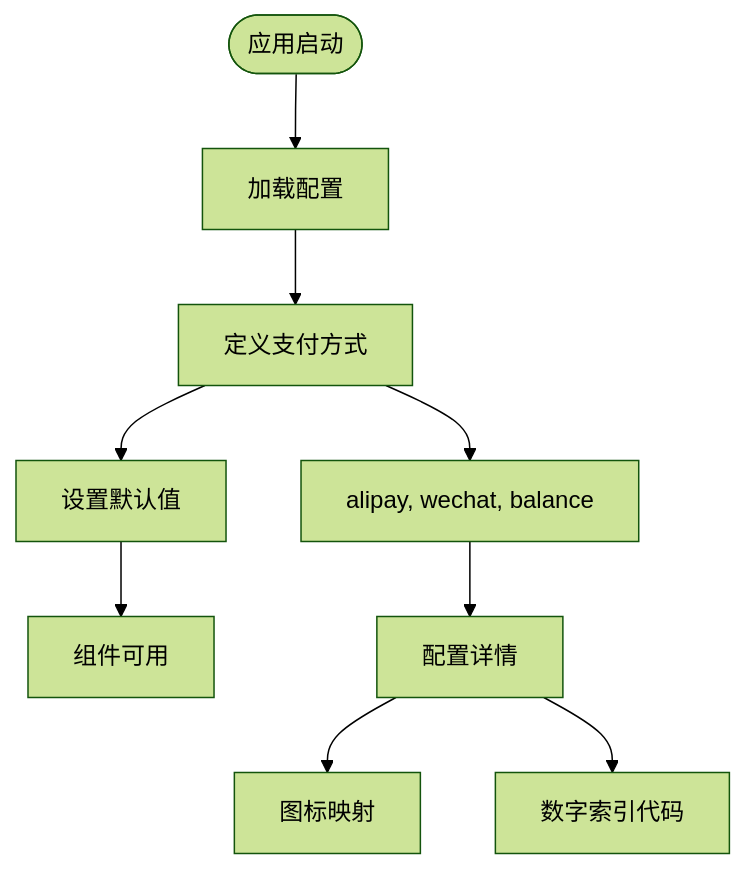
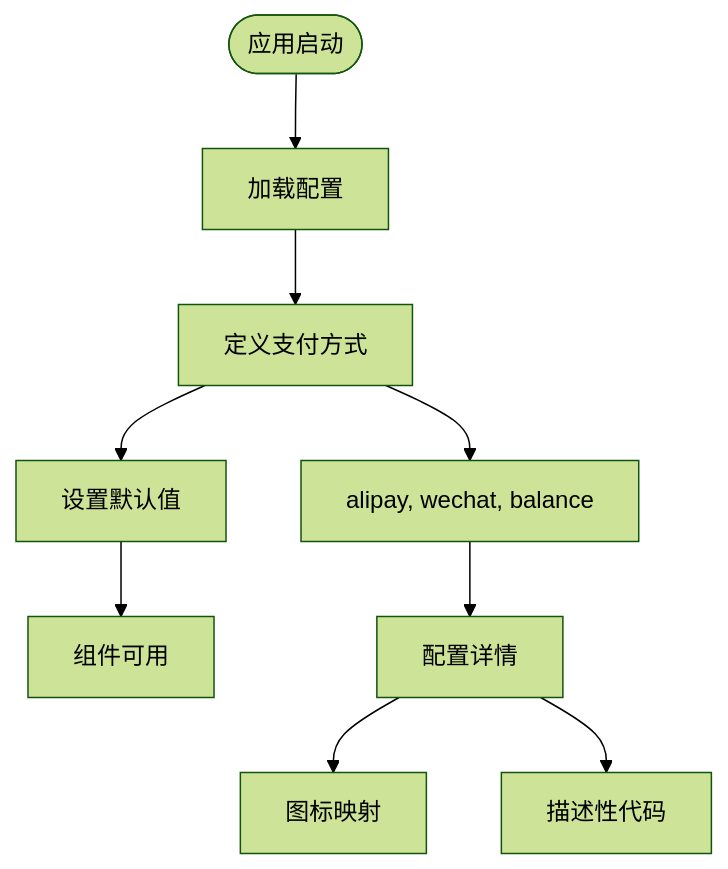
Before and after one commit to 16499259-oss/GLM-sniper: the fifth of 6 diagrams in .qoder/repowiki/zh/content/UI组件/支付方法选择器.md, drawn with Mermaid (forest theme). The commit also changed other lines of this file and 4 other files, not shown here.

````diff
--- a/.qoder/repowiki/zh/content/UI组件/支付方法选择器.md
+++ b/.qoder/repowiki/zh/content/UI组件/支付方法选择器.md
@@ -226,11 +224,11 @@
 ```mermaid
 flowchart TD
 Start([应用启动]) --> LoadConfig[加载配置]
 LoadConfig --> DefineMethods[定义支付方式]
 DefineMethods --> SetDefault[设置默认值]
 SetDefault --> Ready[组件可用]
 DefineMethods --> Methods[alipay, wechat, balance]
 Methods --> Configs[配置详情]
 Configs --> Icons[图标映射]
-Configs --> Codes[数字索引代码]
+Configs --> Codes[描述性代码]
 ```
````
